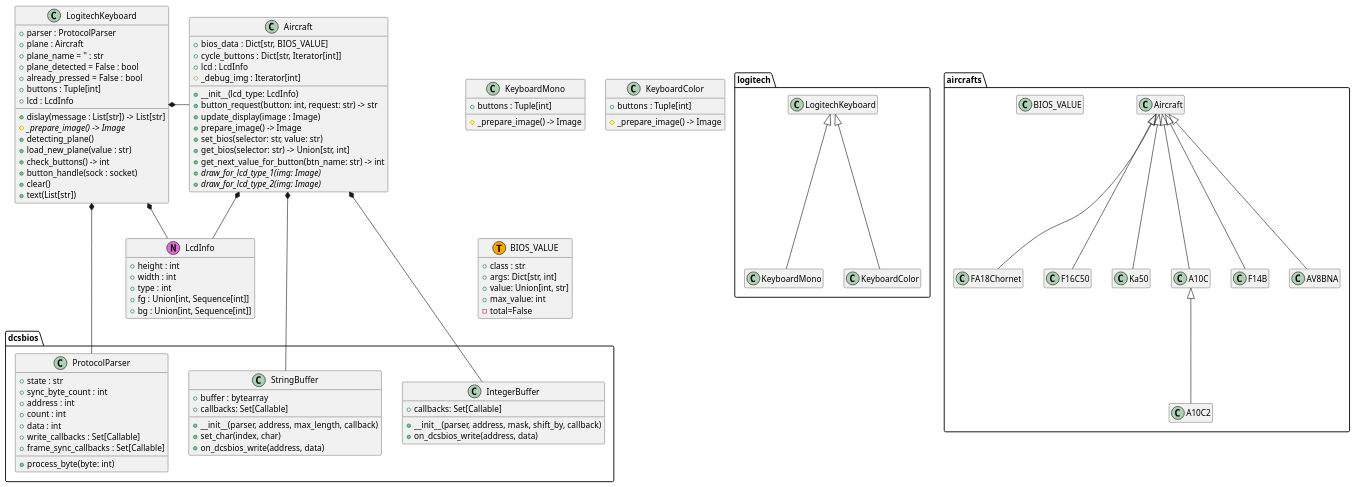
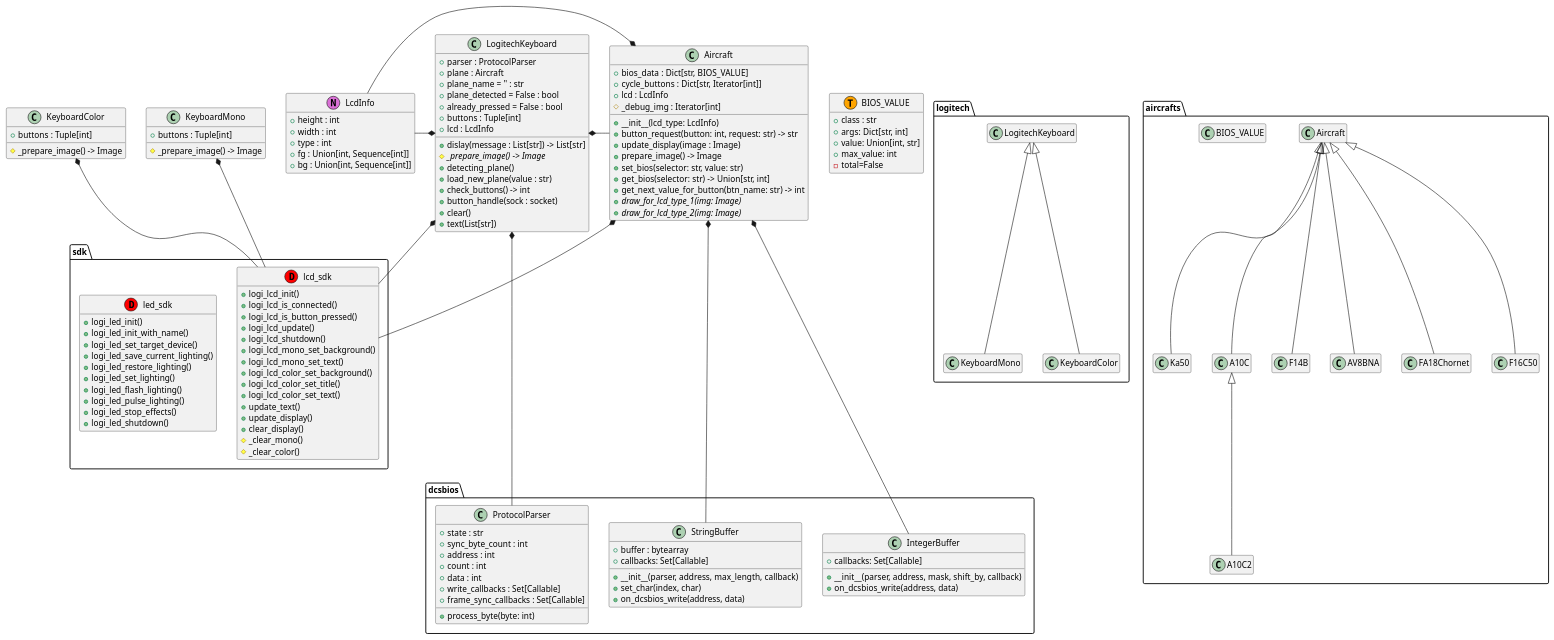
Before and after one commit to emcek/dcspy: the diagram in uml/classes.puml, drawn with PlantUML.

Commit message:
add sdk package to UML

```diff
--- a/uml/classes.puml
+++ b/uml/classes.puml
@@ -1,114 +1,151 @@
 @startuml
 hide empty members
 
 package dcsbios {
     class ProtocolParser {
         + state : str
         + sync_byte_count : int
         + address : int
         + count : int
         + data : int
         + write_callbacks : Set[Callable]
         + frame_sync_callbacks : Set[Callable]
         + process_byte(byte: int)
     }
 
     class StringBuffer {
         + buffer : bytearray
         + callbacks: Set[Callable]
         + __init__(parser, address, max_length, callback)
         + set_char(index, char)
         + on_dcsbios_write(address, data)
     }
 
     class IntegerBuffer {
         + callbacks: Set[Callable]
         + __init__(parser, address, mask, shift_by, callback)
         + on_dcsbios_write(address, data)
     }
 }
 
 package logitech {
     LogitechKeyboard <|-- KeyboardMono
     LogitechKeyboard <|-- KeyboardColor
 }
 
 class LogitechKeyboard {
     + parser : ProtocolParser
     + plane : Aircraft
     + plane_name = '' : str
     + plane_detected = False : bool
     + already_pressed = False : bool
     + buttons : Tuple[int]
     + lcd : LcdInfo
     + dislay(message : List[str]) -> List[str]
     # {abstract} _prepare_image() -> Image
     + detecting_plane()
     + load_new_plane(value : str)
     + check_buttons() -> int
     + button_handle(sock : socket)
     + clear()
     + text(List[str])
 }
 
 class KeyboardMono {
     + buttons : Tuple[int]
     # _prepare_image() -> Image
 }
 
 class KeyboardColor {
     + buttons : Tuple[int]
     # _prepare_image() -> Image
 }
 
-
 package aircrafts {
   Aircraft <|-- FA18Chornet
   Aircraft <|-- F16C50
   Aircraft <|-- Ka50
   Aircraft <|-- A10C
   A10C <|-- A10C2
   Aircraft <|-- F14B
   Aircraft <|-- AV8BNA
   class BIOS_VALUE
 }
 
 class Aircraft {
     + bios_data : Dict[str, BIOS_VALUE]
     + cycle_buttons : Dict[str, Iterator[int]]
     + lcd : LcdInfo
     # _debug_img : Iterator[int]
     + __init__(lcd_type: LcdInfo)
     + button_request(button: int, request: str) -> str
     + update_display(image : Image)
     + prepare_image() -> Image
     + set_bios(selector: str, value: str)
     + get_bios(selector: str) -> Union[str, int]
     + get_next_value_for_button(btn_name: str) -> int
     + {abstract} draw_for_lcd_type_1(img: Image)
     + {abstract} draw_for_lcd_type_2(img: Image)
 }
 
-LogitechKeyboard *- Aircraft
-LogitechKeyboard *- LcdInfo
-LogitechKeyboard *--- ProtocolParser
-Aircraft *-- LcdInfo
-Aircraft *-- StringBuffer
-Aircraft *-- IntegerBuffer
-
 class BIOS_VALUE <<(T,orange)>> {
     + class : str
     + args: Dict[str, int]
     + value: Union[int, str]
     + max_value: int
     - total=False
 }
 
 class LcdInfo <<(N,orchid)>> {
     + height : int
     + width : int
     + type : int
     + fg : Union[int, Sequence[int]]
     + bg : Union[int, Sequence[int]]
 }
+
+package sdk{
+    class lcd_sdk <<(D,red)>> {
+        + logi_lcd_init()
+        + logi_lcd_is_connected()
+        + logi_lcd_is_button_pressed()
+        + logi_lcd_update()
+        + logi_lcd_shutdown()
+        + logi_lcd_mono_set_background()
+        + logi_lcd_mono_set_text()
+        + logi_lcd_color_set_background()
+        + logi_lcd_color_set_title()
+        + logi_lcd_color_set_text()
+        + update_text()
+        + update_display()
+        + clear_display()
+        # _clear_mono()
+        # _clear_color()
+    }
+    class led_sdk <<(D,red)>> {
+        + logi_led_init()
+        + logi_led_init_with_name()
+        + logi_led_set_target_device()
+        + logi_led_save_current_lighting()
+        + logi_led_restore_lighting()
+        + logi_led_set_lighting()
+        + logi_led_flash_lighting()
+        + logi_led_pulse_lighting()
+        + logi_led_stop_effects()
+        + logi_led_shutdown()
+    }
+}
+
+LogitechKeyboard *- Aircraft
+LcdInfo -* LogitechKeyboard
+LogitechKeyboard *--- ProtocolParser
+LogitechKeyboard *-- lcd_sdk
+
+KeyboardMono *-- lcd_sdk
+KeyboardColor *-- lcd_sdk
+
+LcdInfo -* Aircraft
+Aircraft *-- StringBuffer
+Aircraft *-- IntegerBuffer
+Aircraft *-- lcd_sdk
 @enduml
```
